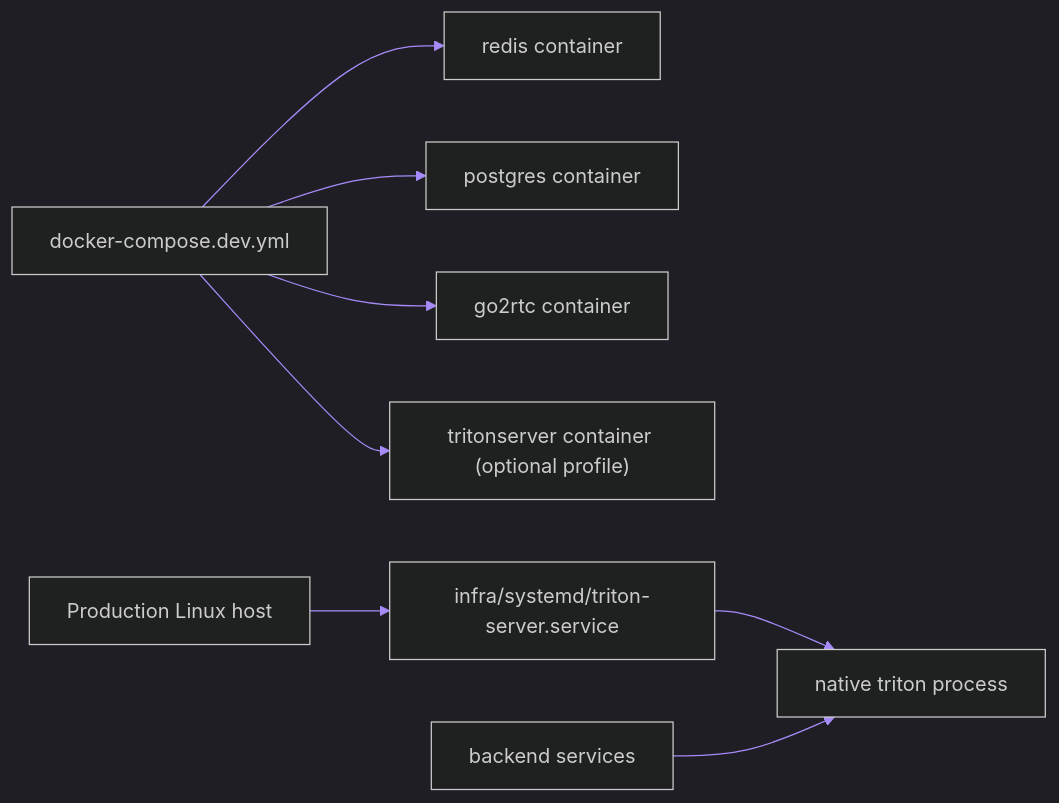
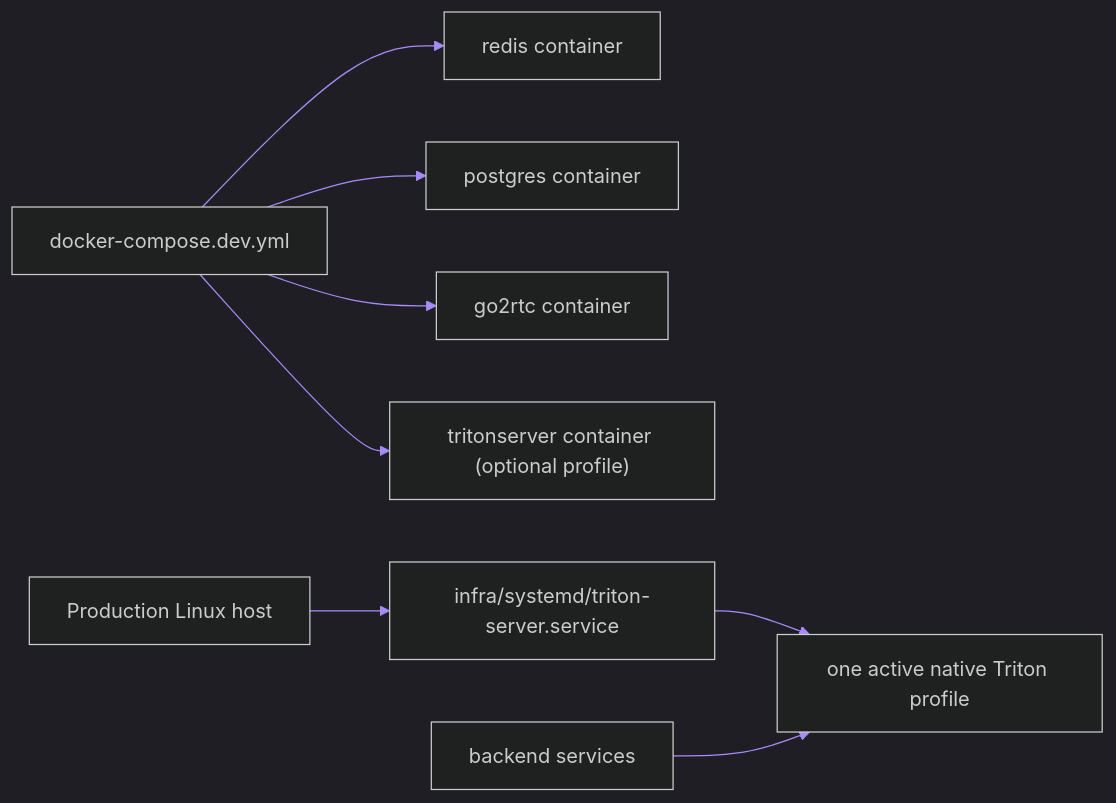
One commit to ahmedelbamby-aast/Grad-Project-Docs changed the third of 4 diagrams in docs/ARCHITECTURE.md. Above: the diagram before and after it, drawn with Mermaid. The commit also changed other lines of this file and 2792 other files, not shown here.

````diff
--- a/docs/ARCHITECTURE.md
+++ b/docs/ARCHITECTURE.md
@@ -110,12 +116,12 @@
 ```mermaid
 %%{init: {'theme': 'dark', 'themeVariables': {'primaryColor': '#7C3AED', 'lineColor': '#A78BFA'}}}%%
 flowchart LR
     DevCompose["docker-compose.dev.yml"] --> DevRedis["redis container"]
     DevCompose --> DevPG["postgres container"]
     DevCompose --> DevGo2rtc["go2rtc container"]
     DevCompose --> DevTriton["tritonserver container (optional profile)"]
 
     ProdHost["Production Linux host"] --> Systemd["infra/systemd/triton-server.service"]
-    Systemd --> ProdTriton["native triton process"]
+    Systemd --> ProdTriton["one active native Triton profile"]
     ProdBackend["backend services"] --> ProdTriton
 ```
````
